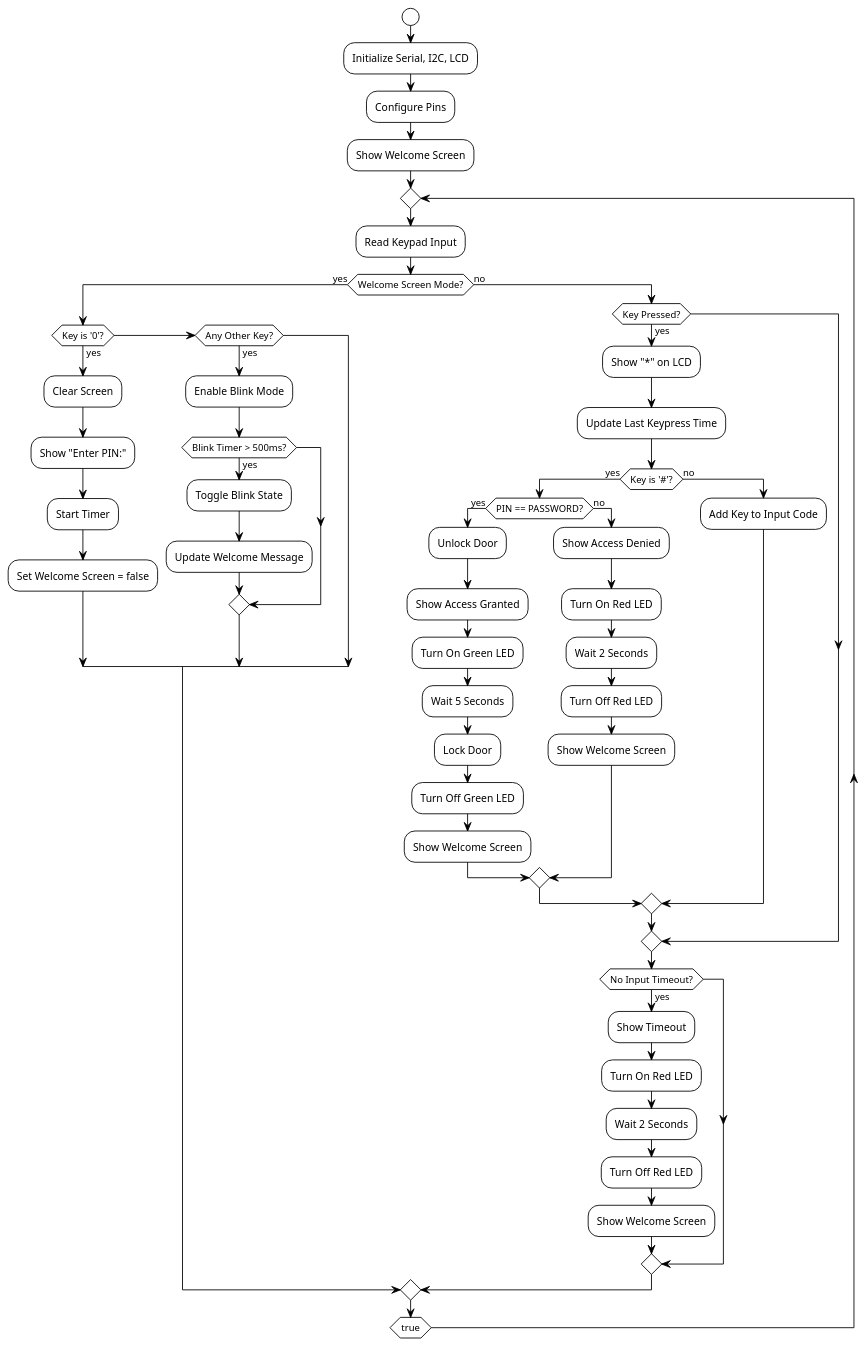
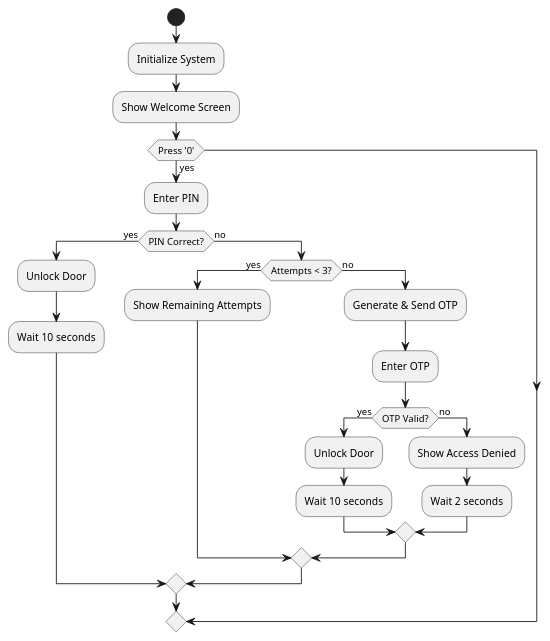
Before and after one commit to soew-sb/SmartDoorLock: the diagram in Documentation/firmware/flowchart.puml, drawn with PlantUML.

```diff
--- a/Documentation/firmware/flowchart.puml
+++ b/Documentation/firmware/flowchart.puml
@@ -1,62 +1,32 @@
 @startuml
-!theme plain
-skinparam defaultTextAlignment center
+start
 
-start
-:Initialize Serial, I2C, LCD;
-:Configure Pins;
+:Initialize System;
+
 :Show Welcome Screen;
 
-repeat
-  :Read Keypad Input;
+if (Press '0') then (yes)
+    :Enter PIN;
 
-  if (Welcome Screen Mode?) then (yes)
-    if (Key is '0'?) then (yes)
-      :Clear Screen;
-      :Show "Enter PIN:";
-      :Start Timer;
-      :Set Welcome Screen = false;
-    elseif (Any Other Key?) then (yes)
-      :Enable Blink Mode;
-      if (Blink Timer > 500ms?) then (yes)
-        :Toggle Blink State;
-        :Update Welcome Message;
-      endif
+    if (PIN Correct?) then (yes)
+        :Unlock Door;
+        :Wait 10 seconds;
+    else (no)
+        if (Attempts < 3?) then (yes)
+            :Show Remaining Attempts;
+        else (no)
+            :Generate & Send OTP;
+            :Enter OTP;
+
+            if (OTP Valid?) then (yes)
+                :Unlock Door;
+                :Wait 10 seconds;
+            else (no)
+                :Show Access Denied;
+                :Wait 2 seconds;
+            endif
+        endif
     endif
-  else (no)
-    if (Key Pressed?) then (yes)
-      :Show "*" on LCD;
-      :Update Last Keypress Time;
-      
-      if (Key is '#'?) then (yes)
-        if (PIN == PASSWORD?) then (yes)
-          :Unlock Door;
-          :Show Access Granted;
-          :Turn On Green LED;
-          :Wait 5 Seconds;
-          :Lock Door;
-          :Turn Off Green LED;
-          :Show Welcome Screen;
-        else (no)
-          :Show Access Denied;
-          :Turn On Red LED;
-          :Wait 2 Seconds;
-          :Turn Off Red LED;
-          :Show Welcome Screen;
-        endif
-      else (no)
-        :Add Key to Input Code;
-      endif
-    endif
-    
-    if (No Input Timeout?) then (yes)
-      :Show Timeout;
-      :Turn On Red LED;
-      :Wait 2 Seconds;
-      :Turn Off Red LED;
-      :Show Welcome Screen;
-    endif
-  endif
-repeat while (true)
+endif
 
 @enduml
```
